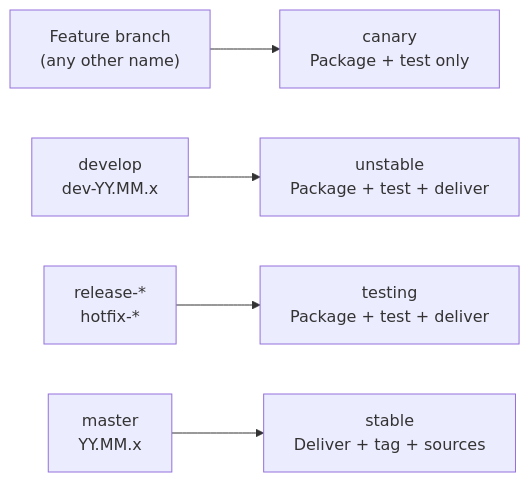
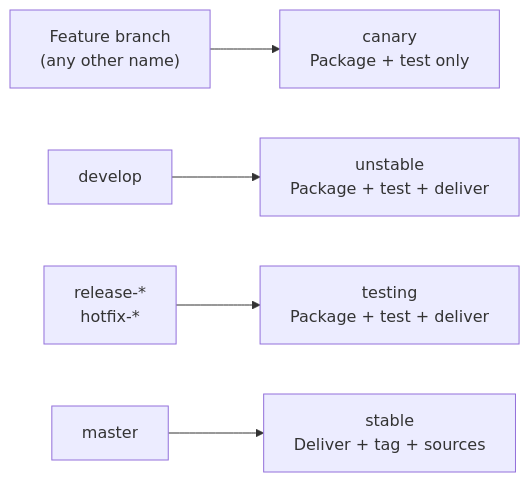
The second of 7 diagrams in doc/en/developer/plugins-ci.md (centreon/centreon-plugins), drawn with Mermaid before and after one commit. The commit also changed other lines of this file and 7 other files, not shown here.

````diff
--- a/doc/en/developer/plugins-ci.md
+++ b/doc/en/developer/plugins-ci.md
@@ -82,12 +82,12 @@
 ```mermaid
 flowchart LR
     B1["Feature branch\n(any other name)"] --> canary
-    B2["develop\ndev-YY.MM.x"] --> unstable
+    B2["develop"] --> unstable
     B3["release-*\nhotfix-*"] --> testing
-    B4["master\nYY.MM.x"] --> stable
+    B4["master"] --> stable
 
     canary["canary\nPackage + test only"]
     unstable["unstable\nPackage + test + deliver"]
     testing["testing\nPackage + test + deliver"]
     stable["stable\nDeliver + tag + sources"]
 ```
````
